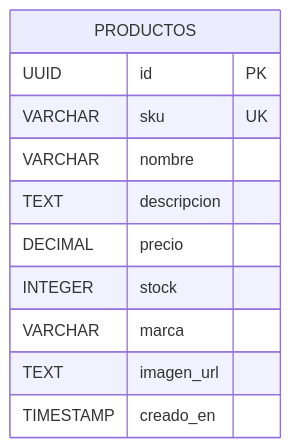
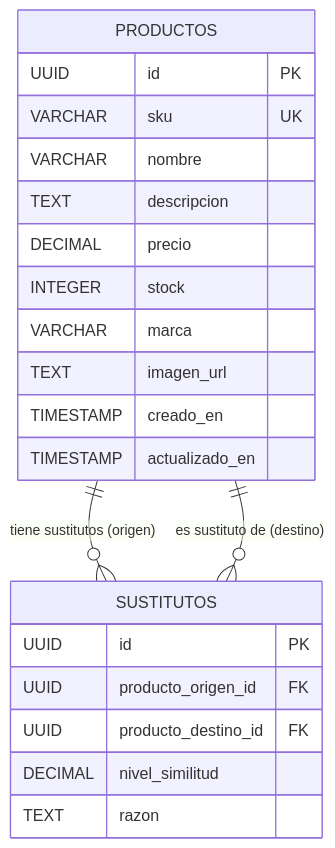
Before and after one commit to Samsr2001/buscador-ferreteria: the sixth of 6 diagrams in diagramas_UML.md, drawn with Mermaid.

Commit message:
docs: restaurar tabla sustitutos en diagrama ER para defensa

````diff
--- a/diagramas_UML.md
+++ b/diagramas_UML.md
@@ -213,14 +213,26 @@
 ```mermaid
 erDiagram
     PRODUCTOS {
         UUID id PK
         VARCHAR sku UK
         VARCHAR nombre
         TEXT descripcion
         DECIMAL precio
         INTEGER stock
         VARCHAR marca
         TEXT imagen_url
         TIMESTAMP creado_en
+        TIMESTAMP actualizado_en
     }
+
+    SUSTITUTOS {
+        UUID id PK
+        UUID producto_origen_id FK
+        UUID producto_destino_id FK
+        DECIMAL nivel_similitud
+        TEXT razon
+    }
+
+    PRODUCTOS ||--o{ SUSTITUTOS : "tiene sustitutos (origen)"
+    PRODUCTOS ||--o{ SUSTITUTOS : "es sustituto de (destino)"
 ```
````
